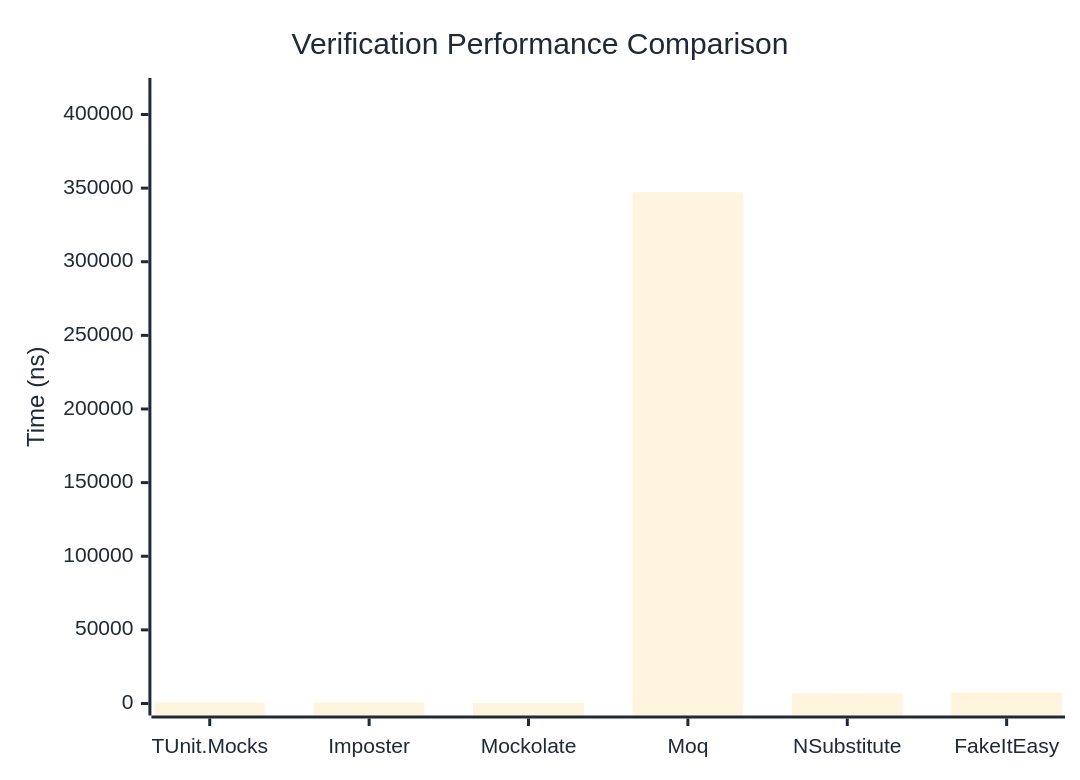
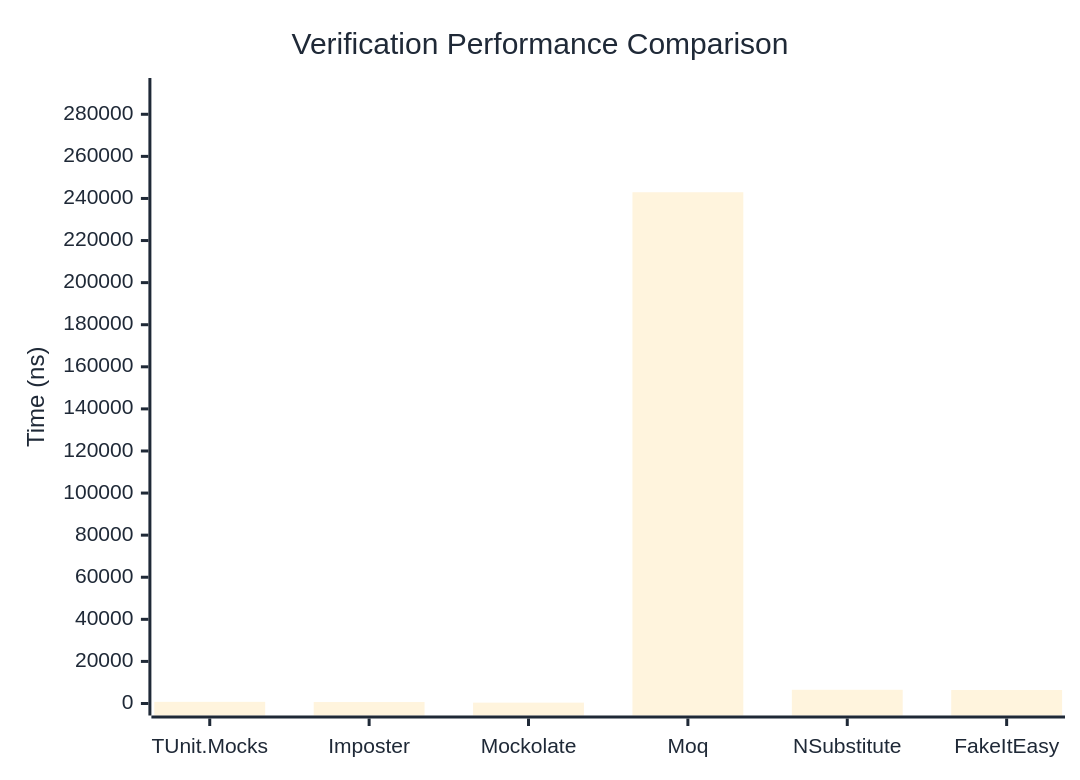
Before and after one commit to thomhurst/TUnit: the first of 3 diagrams in docs/docs/benchmarks/mocks/Verification.md, drawn with Mermaid. The commit also changed other lines of this file and 14 other files, not shown here.

````diff
--- a/docs/docs/benchmarks/mocks/Verification.md
+++ b/docs/docs/benchmarks/mocks/Verification.md
@@ -30,27 +30,27 @@
 ```mermaid
 %%{init: {
   'theme':'base',
   'themeVariables': {
     'primaryColor': '#2563eb',
     'primaryTextColor': '#1f2937',
     'primaryBorderColor': '#1e40af',
     'lineColor': '#6b7280',
     'secondaryColor': '#7c3aed',
     'tertiaryColor': '#dc2626',
     'background': '#ffffff',
     'pie1': '#2563eb',
     'pie2': '#7c3aed',
     'pie3': '#dc2626',
     'pie4': '#f59e0b',
     'pie5': '#10b981',
     'pie6': '#06b6d4',
     'pie7': '#ec4899',
     'pie8': '#6366f1'
   }
 }}%%
 xychart-beta
   title "Verification Performance Comparison"
   x-axis ["TUnit.Mocks", "Imposter", "Mockolate", "Moq", "NSubstitute", "FakeItEasy"]
-  y-axis "Time (ns)" 0 --> 416629
-  bar [702.47, 688.05, 406.5, 347190.73, 6816.33, 7518.42]
+  y-axis "Time (ns)" 0 --> 291540
+  bar [781.86, 695.69, 410.35, 242949.91, 6519.32, 6417.06]
 ```
````
